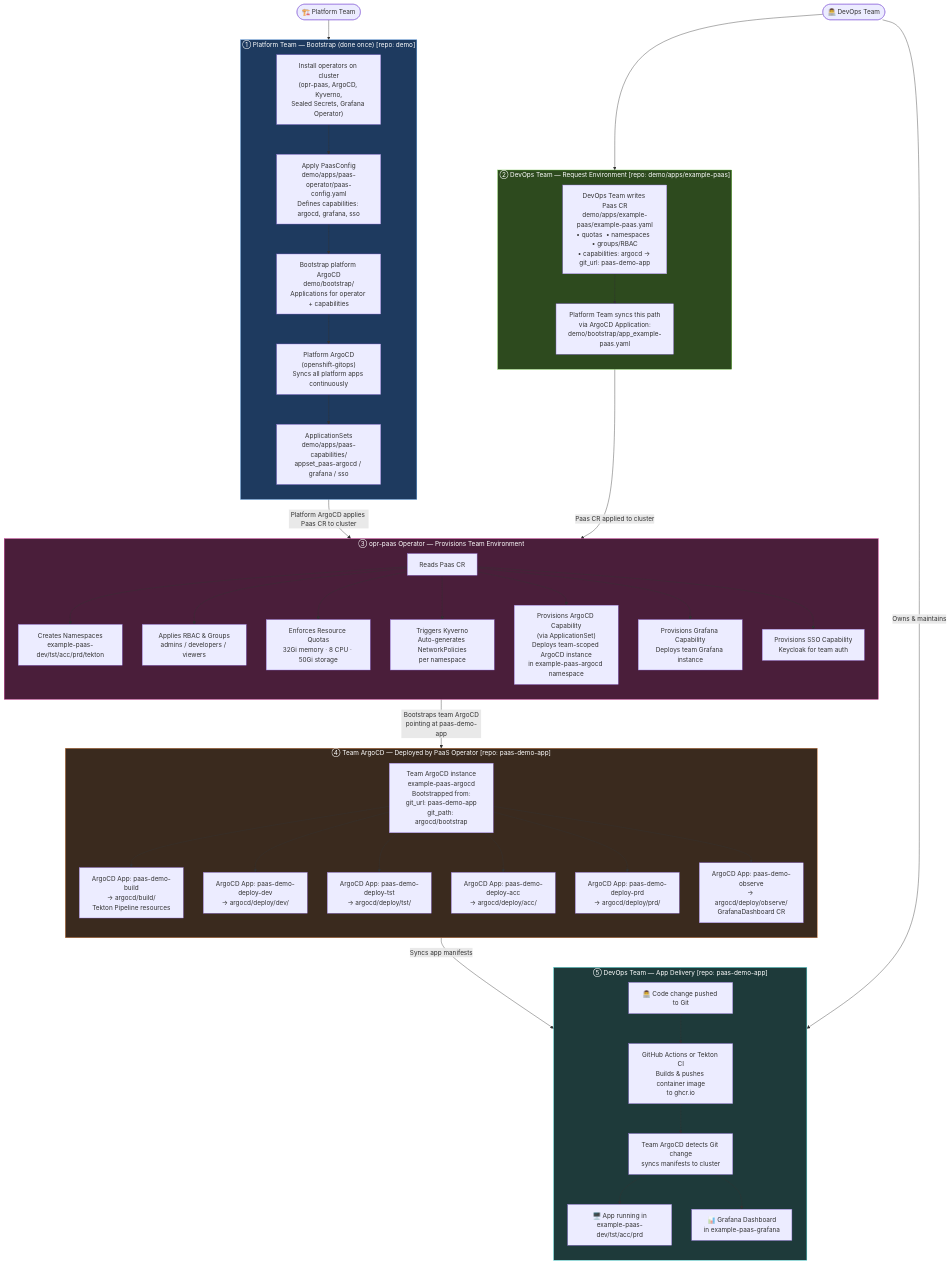
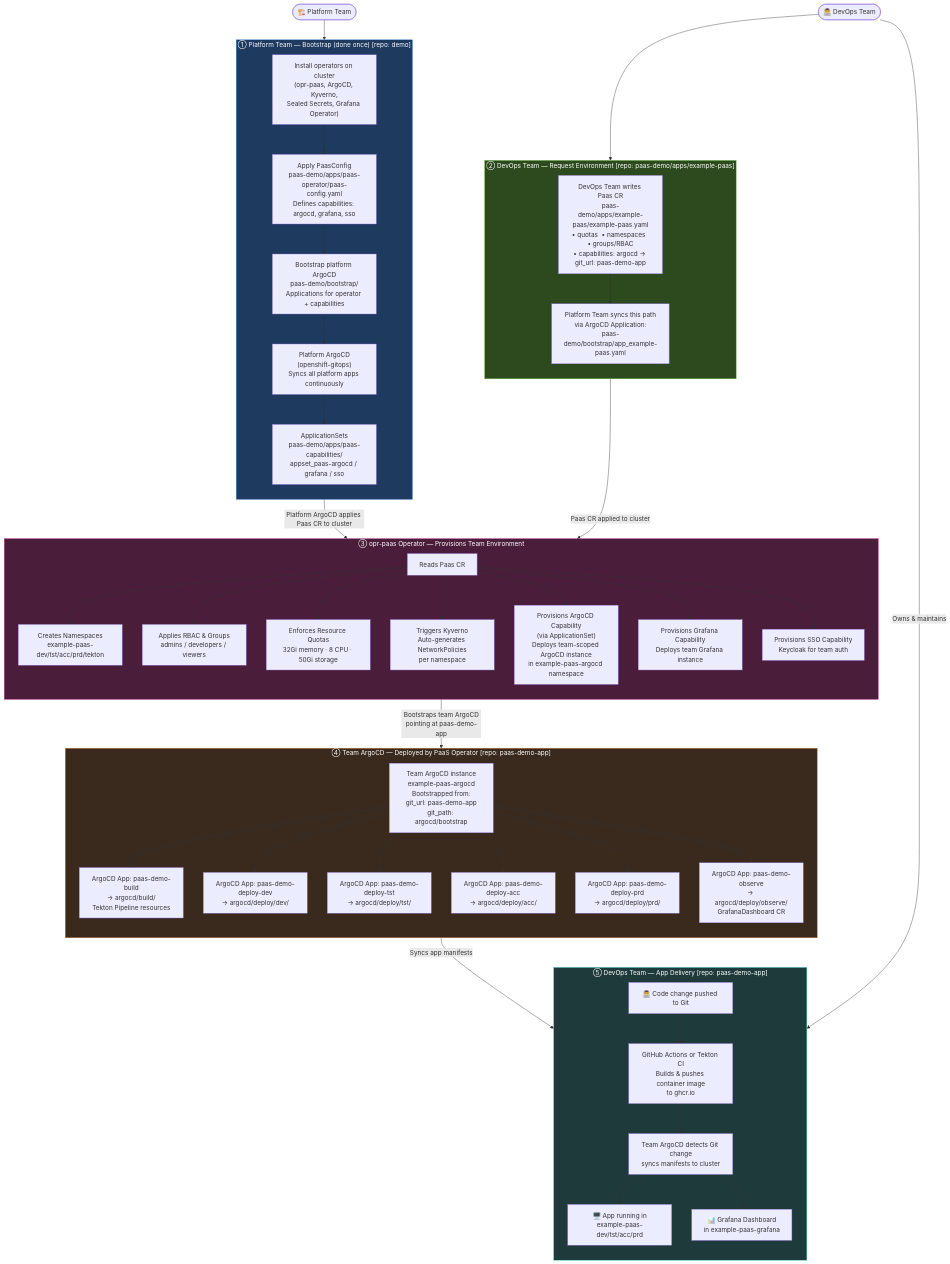
Before and after one commit to benoitschipper/paas-demo: the diagram in FlowChart.md, drawn with Mermaid. The commit also changed other lines of this file, not shown here.

Commit message:
fix flowchart

```diff
--- a/FlowChart.md
+++ b/FlowChart.md
@@ -30,19 +30,19 @@
     subgraph PLATFORM ["① Platform Team — Bootstrap (done once)  [repo: demo]"]
         direction TB
         P1["Install operators on cluster<br/>(opr-paas, ArgoCD, Kyverno,<br/>Sealed Secrets, Grafana Operator)"]
-        P2["Apply PaasConfig<br/>demo/apps/paas-operator/paas-config.yaml<br/>Defines capabilities: argocd, grafana, sso"]
-        P3["Bootstrap platform ArgoCD<br/>demo/bootstrap/<br/>Applications for operator + capabilities"]
+        P2["Apply PaasConfig<br/>paas-demo/apps/paas-operator/paas-config.yaml<br/>Defines capabilities: argocd, grafana, sso"]
+        P3["Bootstrap platform ArgoCD<br/>paas-demo/bootstrap/<br/>Applications for operator + capabilities"]
         P4["Platform ArgoCD<br/>(openshift-gitops)<br/>Syncs all platform apps continuously"]
-        P5["ApplicationSets<br/>demo/apps/paas-capabilities/<br/>appset_paas-argocd / grafana / sso"]
+        P5["ApplicationSets<br/>paas-demo/apps/paas-capabilities/<br/>appset_paas-argocd / grafana / sso"]
 
         P1 --> P2 --> P3 --> P4 --> P5
     end
 
     %% ② DEVOPS PAAS CR
-    subgraph DEVOPS_CONFIG ["② DevOps Team — Request Environment  [repo: demo/apps/example-paas]"]
+    subgraph DEVOPS_CONFIG ["② DevOps Team — Request Environment  [repo: paas-demo/apps/example-paas]"]
         direction TB
-        D1["DevOps Team writes Paas CR<br/>demo/apps/example-paas/example-paas.yaml<br/>• quotas  • namespaces  • groups/RBAC<br/>• capabilities: argocd → git_url: paas-demo-app"]
-        D2["Platform Team syncs this path<br/>via ArgoCD Application:<br/>demo/bootstrap/app_example-paas.yaml"]
+        D1["DevOps Team writes Paas CR<br/>paas-demo/apps/example-paas/example-paas.yaml<br/>• quotas  • namespaces  • groups/RBAC<br/>• capabilities: argocd → git_url: paas-demo-app"]
+        D2["Platform Team syncs this path<br/>via ArgoCD Application:<br/>paas-demo/bootstrap/app_example-paas.yaml"]
         D1 --> D2
     end
 
```
